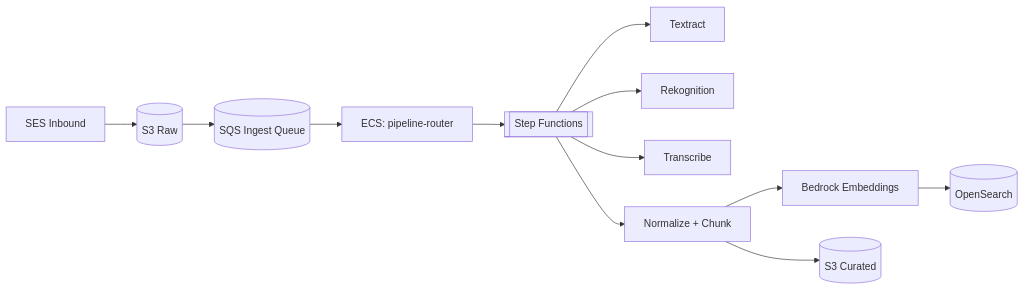
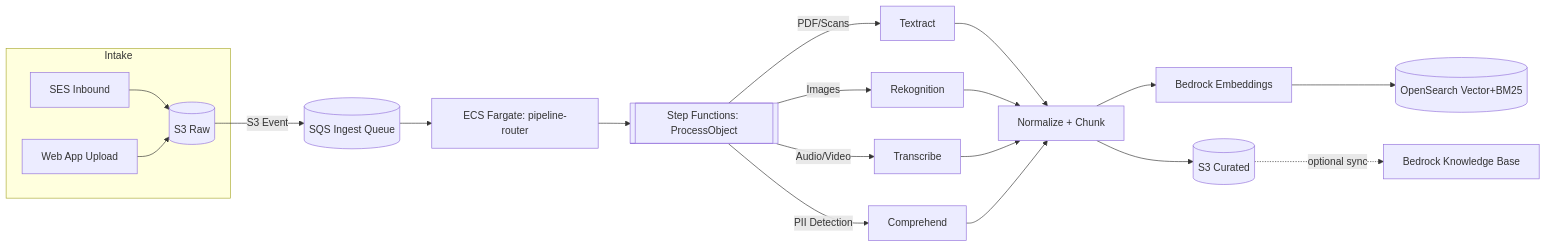
The fourth of 9 diagrams in README.md (fpresta0607/Jarvis), drawn with Mermaid before and after one commit. The commit also changed other lines of this file, not shown here.

Commit message:
Refactor architecture diagram in README for improved clarity and detail in ingestion pipeline and service interactions

````diff
--- a/README.md
+++ b/README.md
@@ -137,14 +193,26 @@
 ```mermaid
 flowchart LR
-  ses[SES Inbound] --> s3raw[(S3 Raw)]
-  s3raw --> sqs[(SQS Ingest Queue)]
-  sqs --> router[ECS: pipeline-router]
-  router --> sfn[[Step Functions]]
-  sfn --> tex[Textract]
-  sfn --> rek[Rekognition]
-  sfn --> trs[Transcribe]
-  sfn --> norm[Normalize + Chunk]
-  norm --> emb[Bedrock Embeddings]
-  emb --> os[(OpenSearch)]
-  norm --> s3cur[(S3 Curated)]
+  subgraph Intake
+    ses["SES Inbound"] --> s3raw[("S3 Raw")]
+    ui["Web App Upload"] --> s3raw
+  end
+
+  s3raw -->|"S3 Event"| sqs[("SQS Ingest Queue")]
+  sqs --> router["ECS Fargate: pipeline-router"]
+  router --> sfn[["Step Functions: ProcessObject"]]
+
+  sfn -->|"PDF/Scans"| tex["Textract"]
+  sfn -->|"Images"| rek["Rekognition"]
+  sfn -->|"Audio/Video"| trs["Transcribe"]
+  sfn -->|"PII Detection"| cmp["Comprehend"]
+
+  tex --> norm["Normalize + Chunk"]
+  rek --> norm
+  trs --> norm
+  cmp --> norm
+
+  norm --> emb["Bedrock Embeddings"]
+  emb --> os[("OpenSearch Vector+BM25")]
+  norm --> s3cur[("S3 Curated")]
+  s3cur -."optional sync".-> kb["Bedrock Knowledge Base"]
 ```
````
